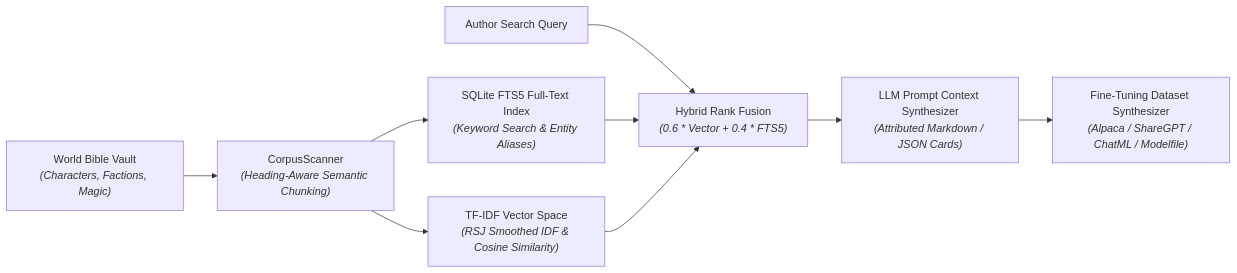
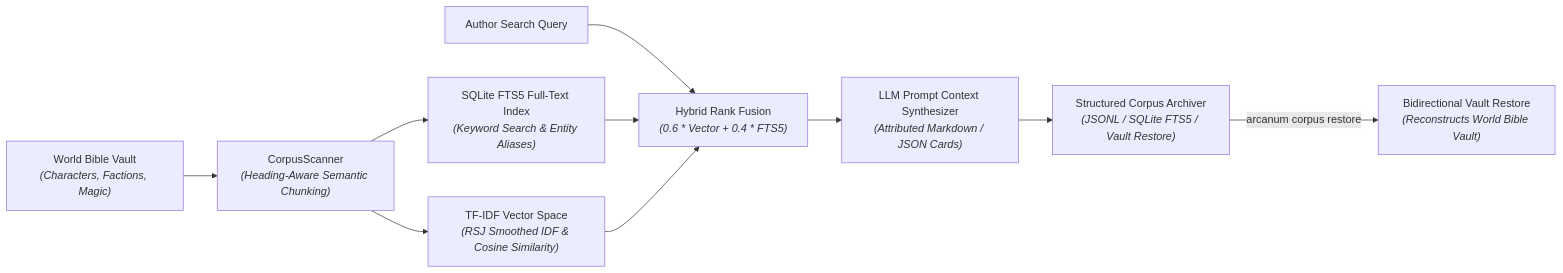
Before and after one commit to aryansinghnagar/Scriptorium: the fourth of 6 diagrams in docs/ARCHITECTURE.md, drawn with Mermaid. The commit also changed other lines of this file and 126 other files, not shown here.

````diff
--- a/docs/ARCHITECTURE.md
+++ b/docs/ARCHITECTURE.md
@@ -373,13 +370,14 @@
 ```mermaid
 flowchart LR
     LORE["World Bible Vault<br/><i>(Characters, Factions, Magic)</i>"] --> SCAN["CorpusScanner<br/><i>(Heading-Aware Semantic Chunking)</i>"]
     SCAN --> FTS["SQLite FTS5 Full-Text Index<br/><i>(Keyword Search & Entity Aliases)</i>"]
     SCAN --> TFIDF["TF-IDF Vector Space<br/><i>(RSJ Smoothed IDF & Cosine Similarity)</i>"]
     
     QUERY["Author Search Query"] --> HYBRID["Hybrid Rank Fusion<br/><i>(0.6 * Vector + 0.4 * FTS5)</i>"]
     FTS --> HYBRID
     TFIDF --> HYBRID
     
     HYBRID --> CTX["LLM Prompt Context Synthesizer<br/><i>(Attributed Markdown / JSON Cards)</i>"]
-    CTX --> FT_STUDIO["Fine-Tuning Dataset Synthesizer<br/><i>(Alpaca / ShareGPT / ChatML / Modelfile)</i>"]
+    CTX --> CORPUS_JSONL["Structured Corpus Archiver<br/><i>(JSONL / SQLite FTS5 / Vault Restore)</i>"]
+    CORPUS_JSONL -->|arcanum corpus restore| RESTORE["Bidirectional Vault Restore<br/><i>(Reconstructs World Bible Vault)</i>"]
 ```
````
